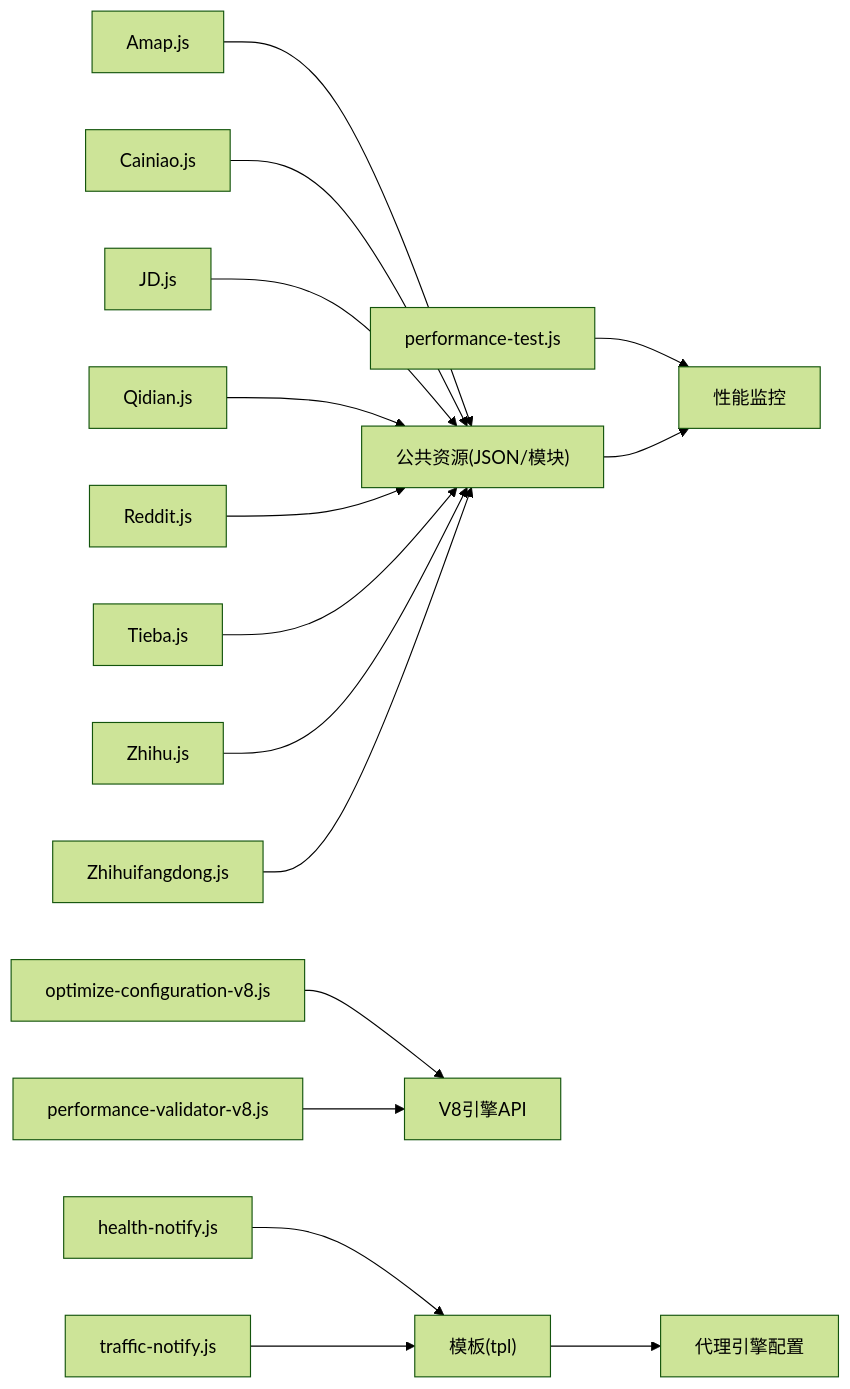
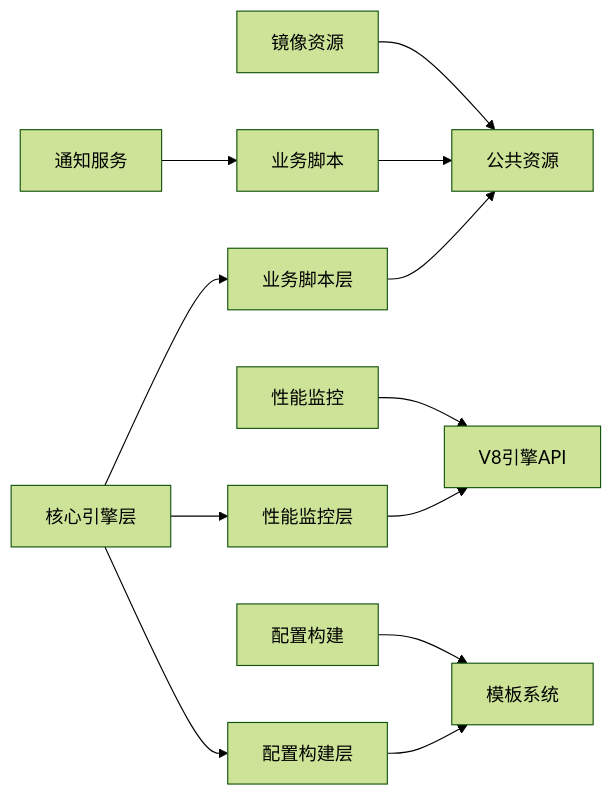
One commit to 3kaiu/config changed the third of 3 diagrams in .qoder/repowiki/zh/content/脚本库/脚本库.md. Above: the diagram before and after it, drawn with Mermaid (forest theme). The commit also changed other lines of this file and 112 other files, not shown here.

````diff
--- a/.qoder/repowiki/zh/content/脚本库/脚本库.md
+++ b/.qoder/repowiki/zh/content/脚本库/脚本库.md
@@ -417,18 +521,14 @@
 ```mermaid
 graph LR
-A["Amap.js"] --> R["公共资源(JSON/模块)"]
-B["Cainiao.js"] --> R
-C["JD.js"] --> R
-D["Qidian.js"] --> R
-E["Reddit.js"] --> R
-F["Tieba.js"] --> R
-G["Zhihu.js"] --> R
-H["Zhihuifangdong.js"] --> R
-I["health-notify.js"] --> N["通知服务"]
-J["traffic-notify.js"] --> N
-K["optimize-configuration-v8.js"] --> V["V8引擎API"]
-L["performance-test.js"] --> P["性能监控"]
-M["performance-validator-v8.js"] --> V
-N["模板(tpl)"] --> O["代理引擎配置"]
-R --> P
+A["核心引擎层"] --> B["业务脚本层"]
+A --> C["性能监控层"]
+A --> D["配置构建层"]
+B --> E["公共资源"]
+C --> F["V8引擎API"]
+D --> G["模板系统"]
+H["业务脚本"] --> E
+I["性能监控"] --> F
+J["配置构建"] --> G
+K["通知服务"] --> H
+L["镜像资源"] --> E
 ```
````
